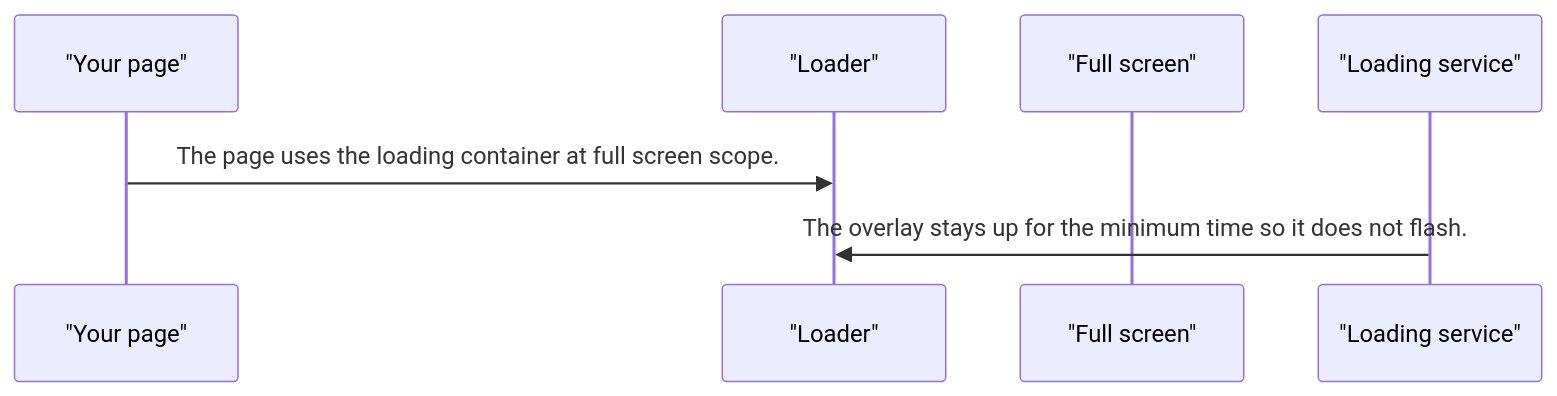
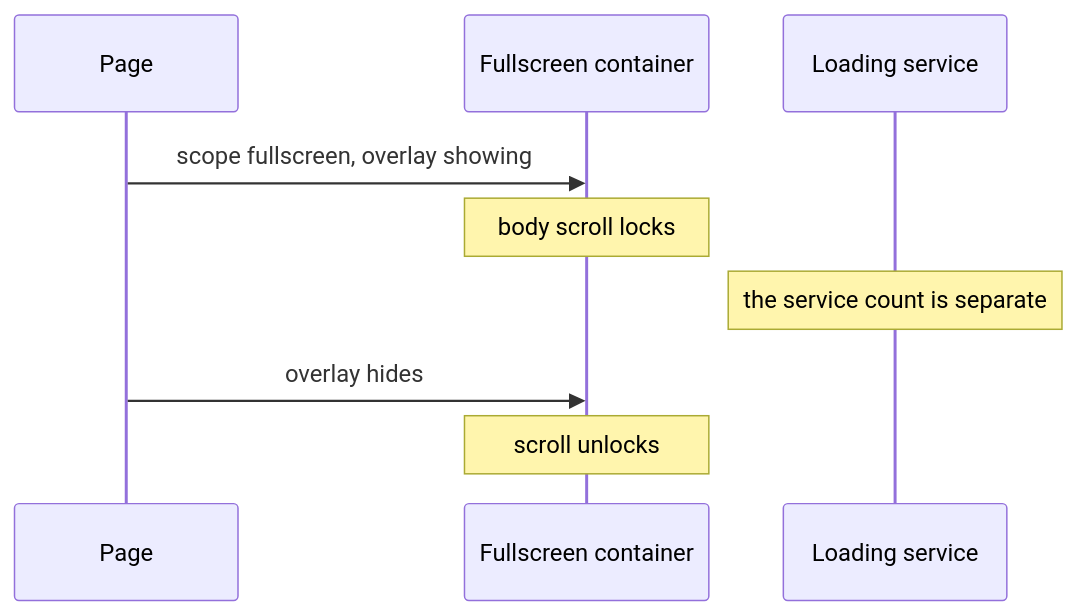
Before and after one commit to RajshekharBorate/pixel-ui: the fifth of 5 diagrams in projects/pixel-ui/src/lib/pixel-loader/DESIGN.md, drawn with Mermaid. The commit also changed other lines of this file and 73 other files, not shown here.

Commit message:
Explain who owns each value and what each flow does in every component and service design.

````diff
--- a/projects/pixel-ui/src/lib/pixel-loader/DESIGN.md
+++ b/projects/pixel-ui/src/lib/pixel-loader/DESIGN.md
@@ -91,9 +123,11 @@
 ```mermaid
 sequenceDiagram
-  participant page as "Your page"
-  participant loader as "Loader"
-  participant screen as "Full screen"
-  participant service as "Loading service"
-  page->>loader: The page uses the loading container at full screen scope.
-  service->>loader: The overlay stays up for the minimum time so it does not flash.
+  participant Page
+  participant Overlay as Fullscreen container
+  participant Service as Loading service
+  Page->>Overlay: scope fullscreen, overlay showing
+  Note over Overlay: body scroll locks
+  Note over Service: the service count is separate
+  Page->>Overlay: overlay hides
+  Note over Overlay: scroll unlocks
 ```
````
